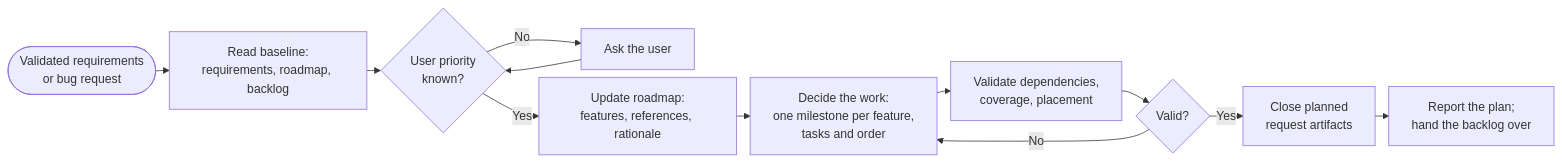
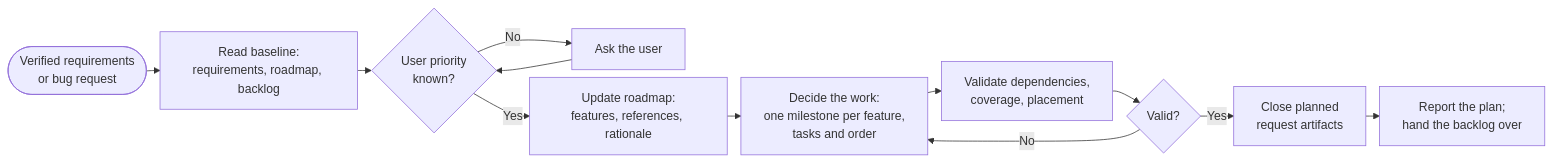
Before and after one commit to lyndametref/opencode-dev-workflow: the diagram in workflows/orchestrator/3-Planning.md, drawn with Mermaid. The commit also changed other lines of this file and 9 other files, not shown here.

````diff
--- a/workflows/orchestrator/3-Planning.md
+++ b/workflows/orchestrator/3-Planning.md
@@ -28,15 +28,15 @@
 ```mermaid
 %%{init: {"flowchart": {"nodeSpacing": 10, "rankSpacing": 18}}}%%
 flowchart LR
-    IN([Validated requirements<br/>or bug request]) --> READ["Read baseline:<br/>requirements, roadmap, backlog"]
+    IN([Verified requirements<br/>or bug request]) --> READ["Read baseline:<br/>requirements, roadmap, backlog"]
     READ --> PRIO{"User priority<br/>known?"}
     PRIO -->|"No"| ASK["Ask the user"]
     ASK --> PRIO
     PRIO -->|"Yes"| ROAD["Update roadmap:<br/>features, references, rationale"]
     ROAD --> WORK["Decide the work:<br/>one milestone per feature,<br/>tasks and order"]
     WORK --> VALID["Validate dependencies,<br/>coverage, placement"]
     VALID --> VOK{"Valid?"}
     VOK -->|"No"| WORK
     VOK -->|"Yes"| CLOSE["Close planned<br/>request artifacts"]
     CLOSE --> OUT["Report the plan;<br/>hand the backlog over"]
 ```
````
